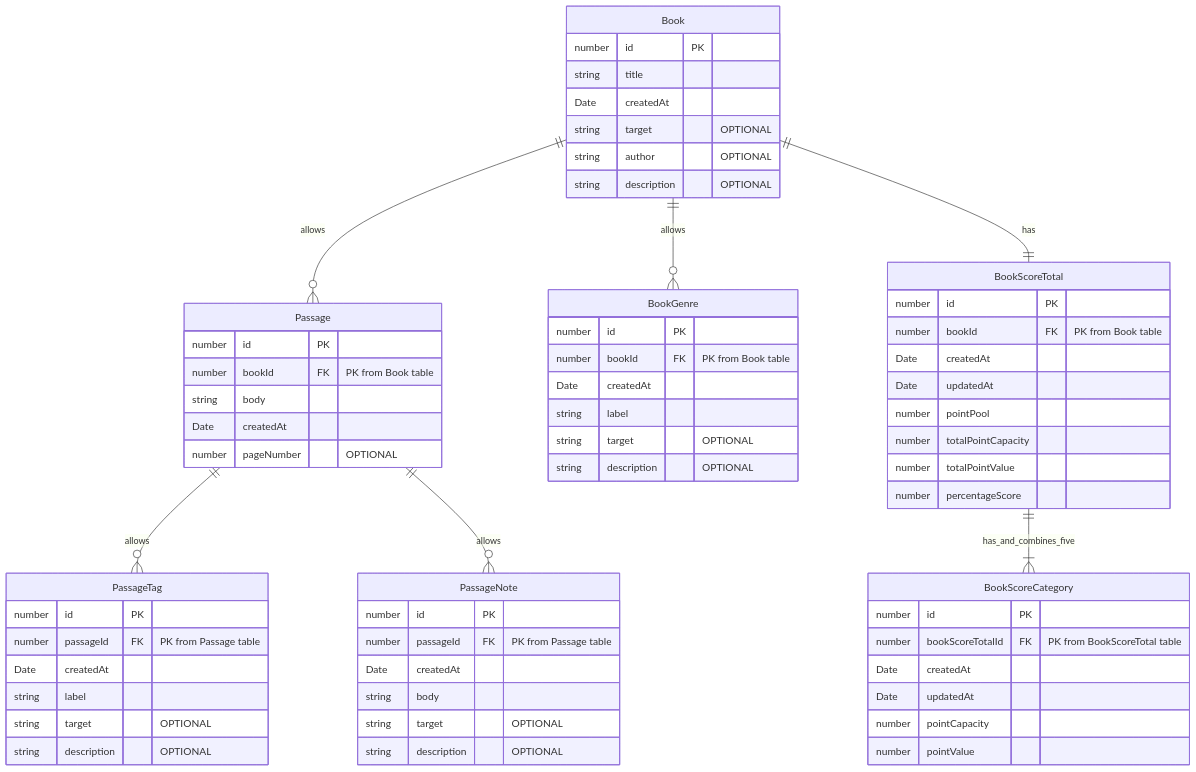
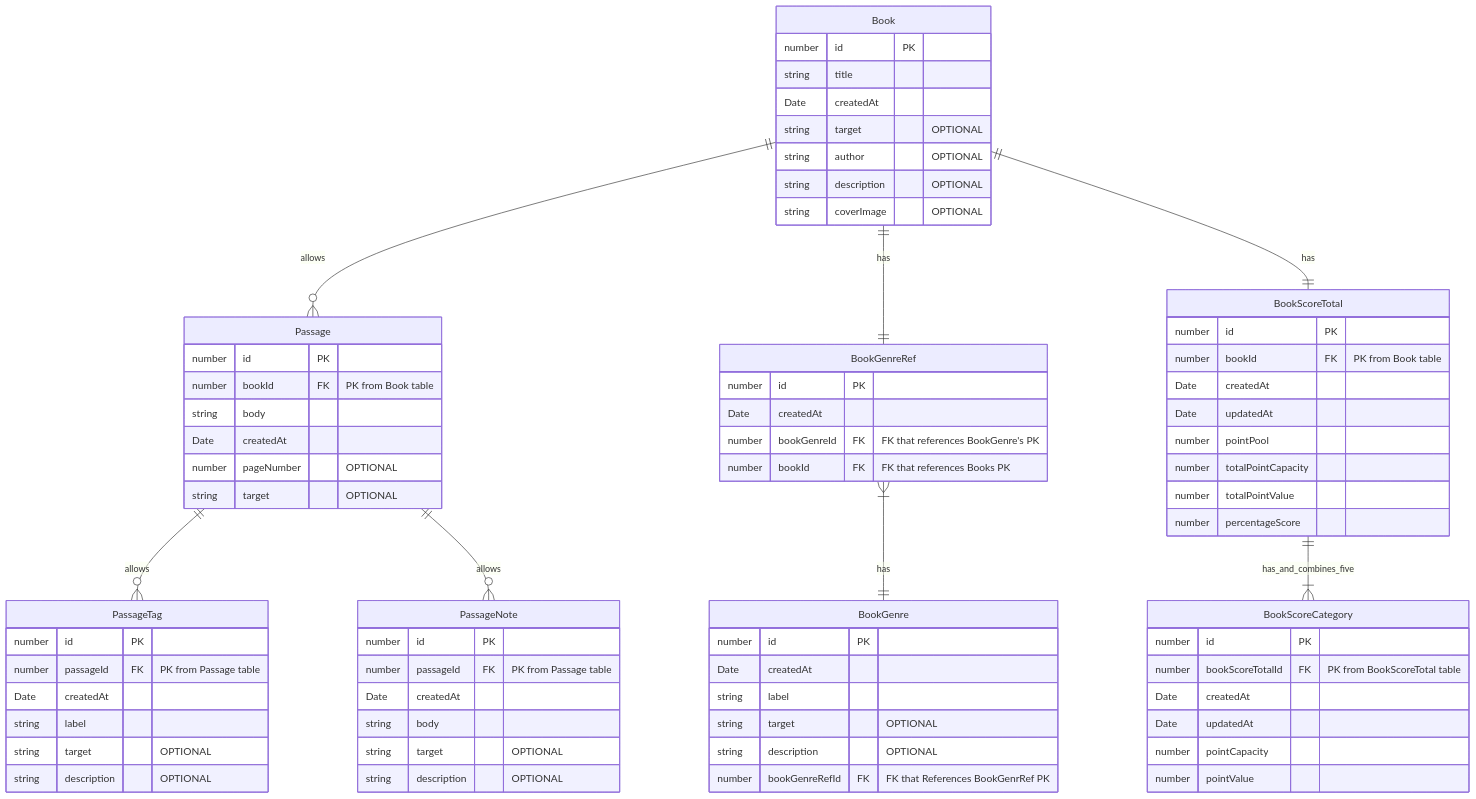
The diagram in README.md (riapacheco/ri-reader-app), drawn with Mermaid before and after one commit. The commit also changed 3 other files, not shown here.

Commit message:
updated interfaces from what i did in db with seeder data; also updated ERD on readme

```diff
--- a/README.md
+++ b/README.md
@@ -78,6 +78,7 @@
         string target       "OPTIONAL"
         string author       "OPTIONAL"
         string description  "OPTIONAL"
+        string coverImage   "OPTIONAL"
     }
 
     Passage {
@@ -86,20 +87,30 @@
         string body 
         Date createdAt
         number pageNumber "OPTIONAL"
+        string target "OPTIONAL"
     }
 
     Book ||--o{ Passage : allows
 
+    BookGenreRef {
+        number id PK
+        Date createdAt
+        number bookGenreId FK "FK that references BookGenre's PK"
+        number bookId FK "FK that references Books PK"
+    }
+
     BookGenre {
         number id PK
-        number bookId FK "PK from Book table"
         Date createdAt
         string label
         string target "OPTIONAL"
-        string description "OPTIONAL"    
+        string description "OPTIONAL"
+        number bookGenreRefId FK "FK that References BookGenrRef PK"
     }
 
-    Book ||--o{ BookGenre : allows
+    Book ||--|| BookGenreRef : has
+    BookGenreRef }|--|| BookGenre : has
+    
 
     BookScoreTotal {
         number id PK
```
